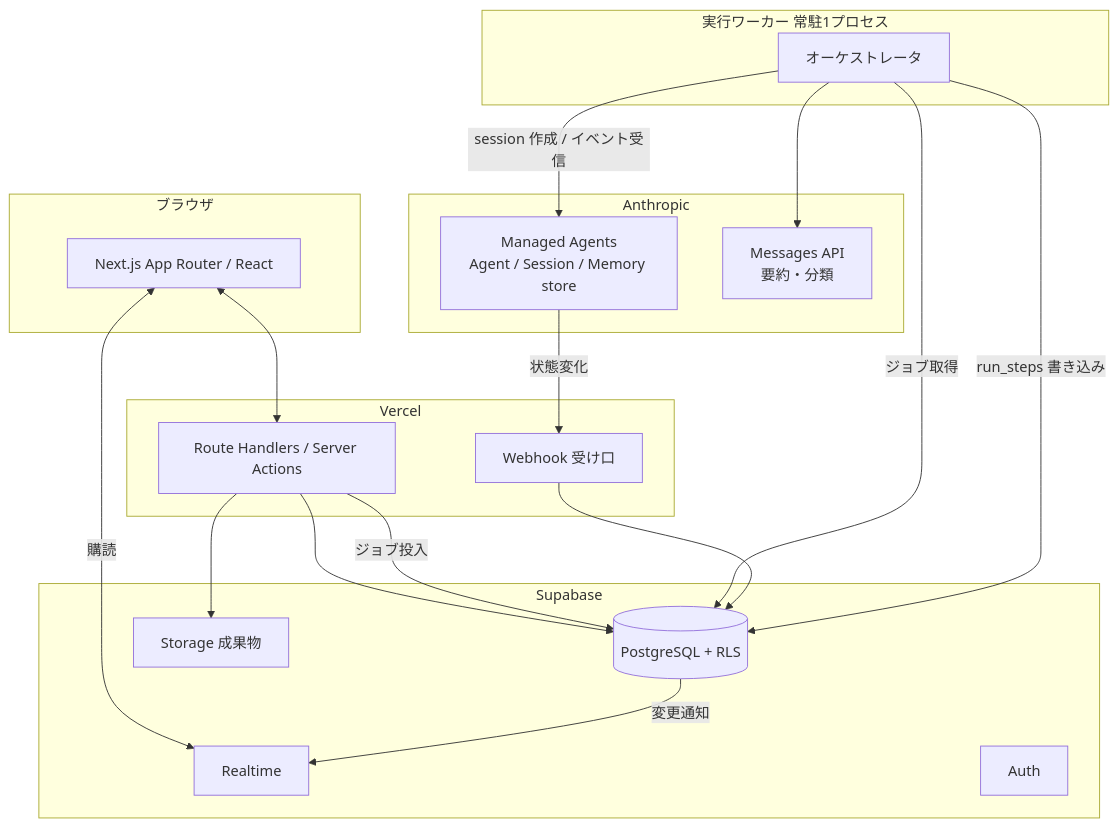
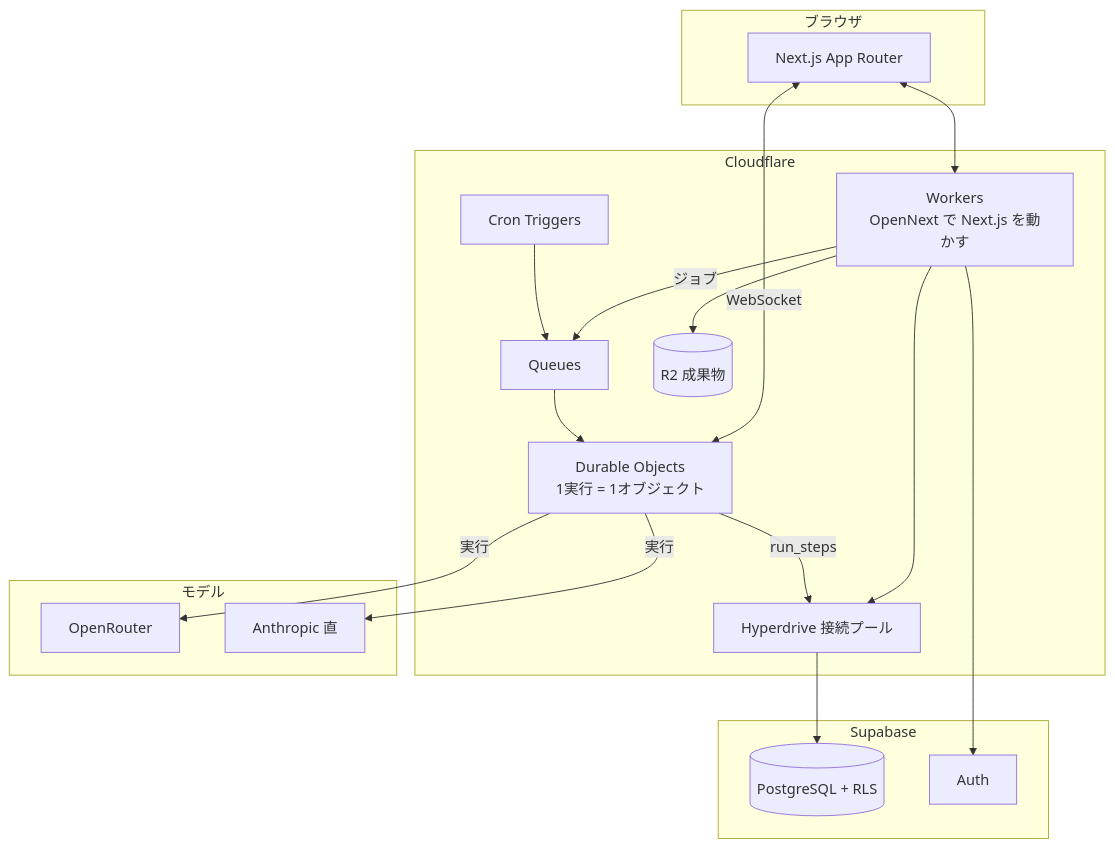
Before and after one commit to yuseidayo88/Ocean: the diagram in docs/design/05-tech-and-cost.md, drawn with Mermaid. The commit also changed other lines of this file and 16 other files, not shown here.

First line of the commit message:
設計を改訂: Cloudflare / OpenRouter / クレジットの刻みと料金プラン

````diff
--- a/docs/design/05-tech-and-cost.md
+++ b/docs/design/05-tech-and-cost.md
@@ -5,36 +8,33 @@
 ```mermaid
 flowchart TB
   subgraph client[ブラウザ]
-    UI[Next.js App Router / React]
+    UI[Next.js App Router]
   end
-  subgraph vercel[Vercel]
-    API[Route Handlers / Server Actions]
-    HOOK[Webhook 受け口]
+  subgraph cf[Cloudflare]
+    W[Workers<br/>OpenNext で Next.js を動かす]
+    DO[Durable Objects<br/>1実行 = 1オブジェクト]
+    Q[Queues]
+    CR[Cron Triggers]
+    R2[(R2 成果物)]
+    HD[Hyperdrive 接続プール]
   end
   subgraph supa[Supabase]
     DB[(PostgreSQL + RLS)]
-    RT[Realtime]
-    ST[Storage 成果物]
     AUTH[Auth]
   end
-  subgraph worker[実行ワーカー 常駐1プロセス]
-    ORCH[オーケストレータ]
-  end
-  subgraph anth[Anthropic]
-    MA[Managed Agents<br/>Agent / Session / Memory store]
-    MSG[Messages API<br/>要約・分類]
+  subgraph models[モデル]
+    OR[OpenRouter]
+    ANT[Anthropic 直]
   end
 
-  UI <--> API
-  UI <-- 購読 --> RT
-  API --> DB
-  DB -- 変更通知 --> RT
-  API -- ジョブ投入 --> DB
-  ORCH -- ジョブ取得 --> DB
-  ORCH -- session 作成 / イベント受信 --> MA
-  MA -- 状態変化 --> HOOK
-  HOOK --> DB
-  ORCH -- run_steps 書き込み --> DB
-  ORCH --> MSG
-  API --> ST
+  UI <--> W
+  UI <-- WebSocket --> DO
+  W --> HD --> DB
+  W --> AUTH
+  W -- ジョブ --> Q --> DO
+  CR --> Q
+  DO -- 実行 --> OR
+  DO -- 実行 --> ANT
+  DO -- run_steps --> HD
+  W --> R2
 ```
````
